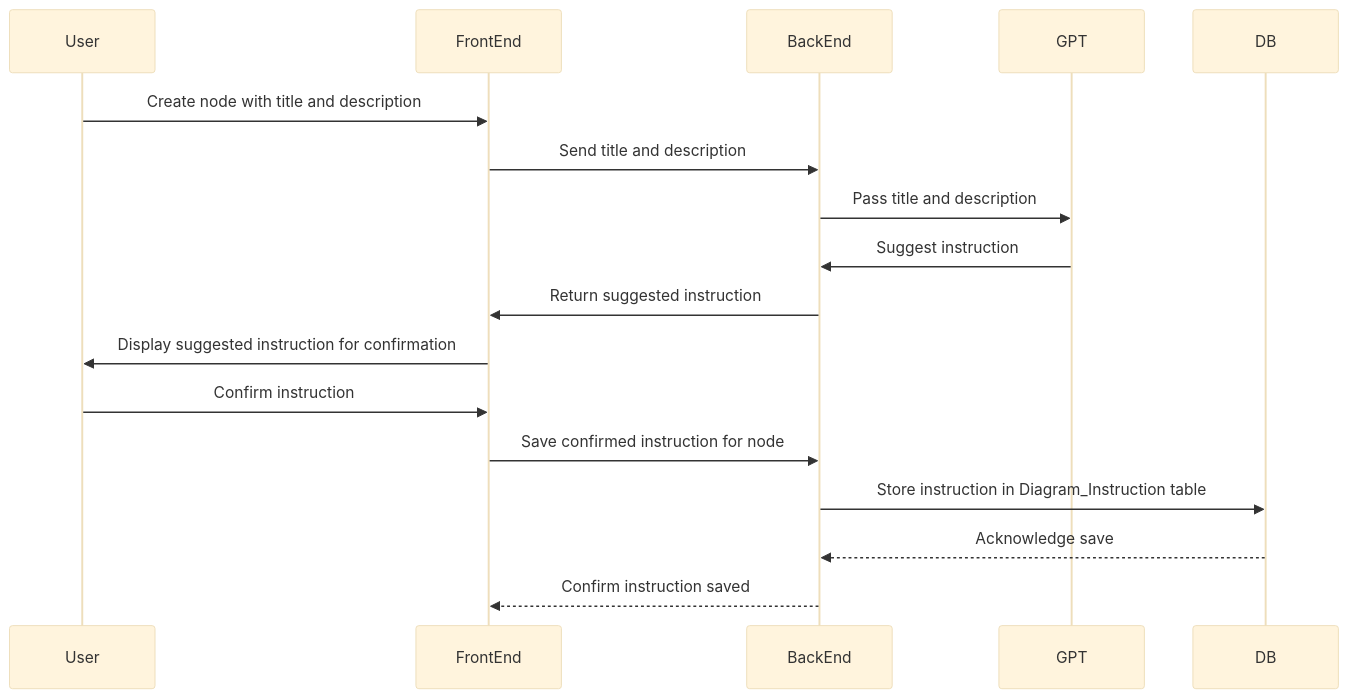
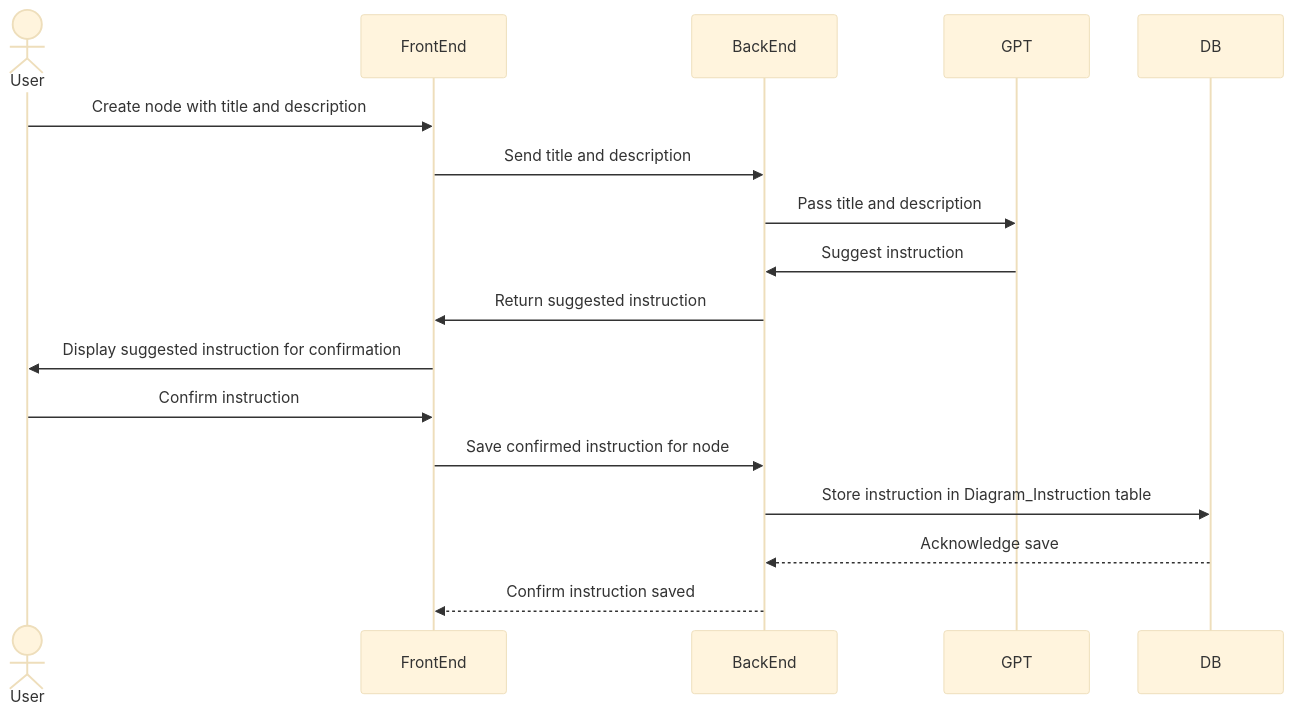
Before and after one commit to sherifButt/mindfullai: the first of 6 diagrams in tutorial/gpt-4-to-suggest-node-types.md, drawn with Mermaid (base theme). The commit also changed other lines of this file and 6 other files, not shown here.

````diff
--- a/tutorial/gpt-4-to-suggest-node-types.md
+++ b/tutorial/gpt-4-to-suggest-node-types.md
@@ -23,14 +32,20 @@
 ```mermaid
 sequenceDiagram
-    User->>FrontEnd: Create node with title and description
-    FrontEnd->>BackEnd: Send title and description
-    BackEnd->>GPT: Pass title and description
-    GPT->>BackEnd: Suggest instruction
-    BackEnd->>FrontEnd: Return suggested instruction
-    FrontEnd->>User: Display suggested instruction for confirmation
-    User->>FrontEnd: Confirm instruction
-    FrontEnd->>BackEnd: Save confirmed instruction for node
-    BackEnd->>DB: Store instruction in Diagram_Instruction table
-    DB-->>BackEnd: Acknowledge save
-    BackEnd-->>FrontEnd: Confirm instruction saved
+    actor U as User
+    participant F as FrontEnd
+    participant B as BackEnd
+    participant G as GPT
+    participant D as DB
+
+    U->>F: Create node with title and description
+    F->>B: Send title and description
+    B->>G: Pass title and description
+    G->>B: Suggest instruction
+    B->>F: Return suggested instruction
+    F->>U: Display suggested instruction for confirmation
+    U->>F: Confirm instruction
+    F->>B: Save confirmed instruction for node
+    B->>D: Store instruction in Diagram_Instruction table
+    D-->>B: Acknowledge save
+    B-->>F: Confirm instruction saved
 ```
````
